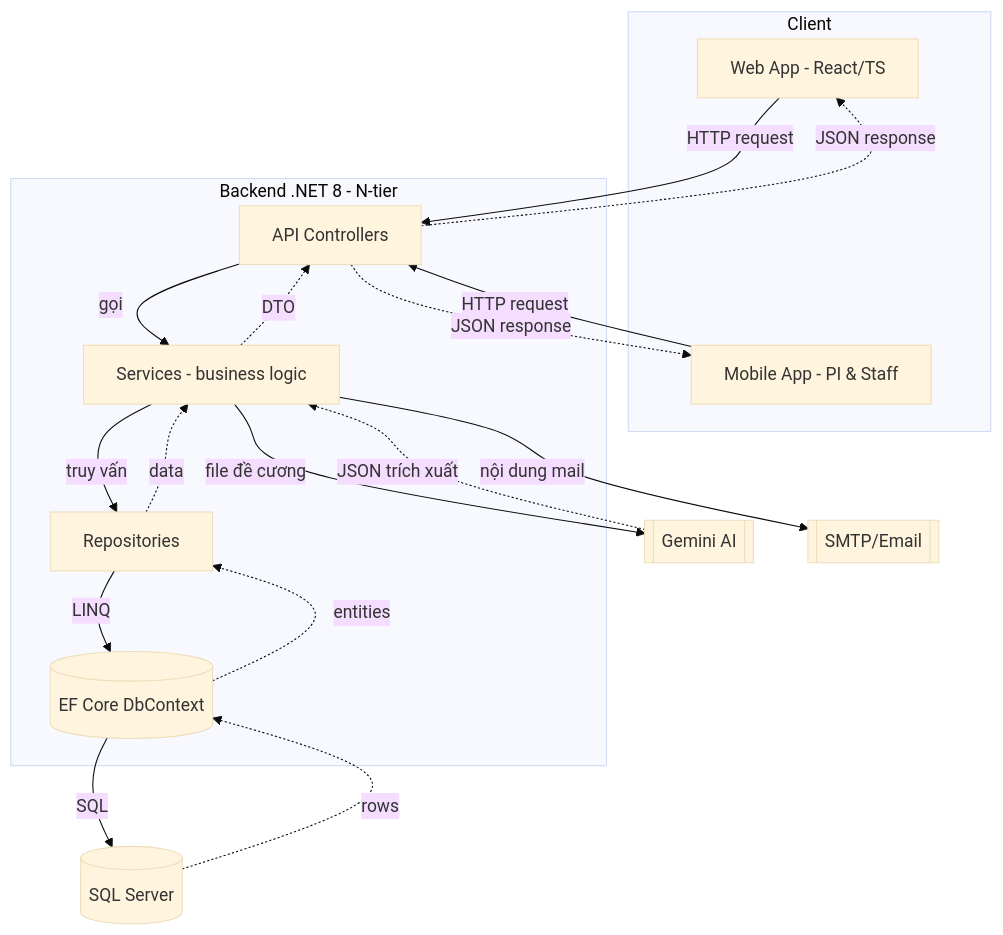
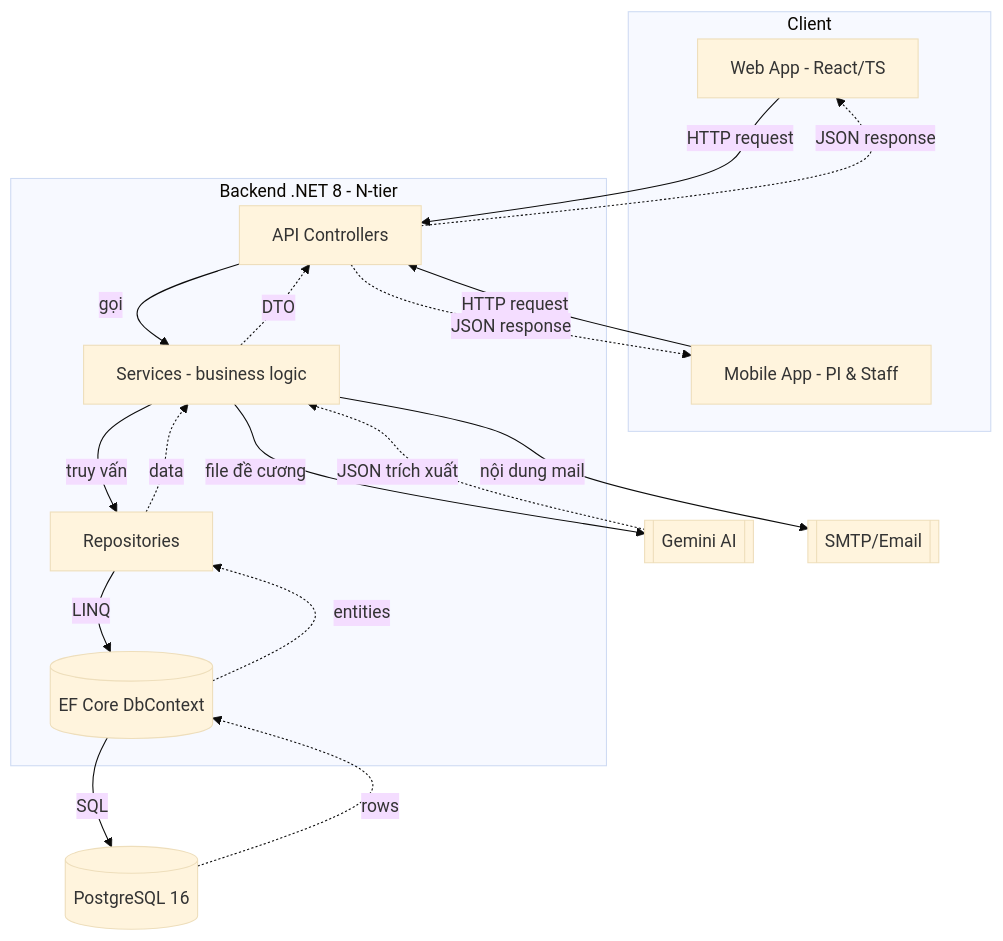
Before and after one commit to longv0208/TestSAP_quoctrung_be: the second of 19 diagrams in docs/Review2_Diagrams.md, drawn with Mermaid (base theme). The commit also changed other lines of this file and 9 other files, not shown here.

````diff
--- a/docs/Review2_Diagrams.md
+++ b/docs/Review2_Diagrams.md
@@ -71,36 +71,36 @@
 ```mermaid
 flowchart TB
     subgraph Client
         WEB[Web App - React/TS]
         MOB[Mobile App - PI & Staff]
     end
 
     subgraph Server[Backend .NET 8 - N-tier]
         API[API Controllers]
         SVC[Services - business logic]
         REPO[Repositories]
         CTX[(EF Core DbContext)]
     end
 
-    DB[(SQL Server)]
+    DB[(PostgreSQL 16)]
     GEMINI[[Gemini AI]]
     EMAIL[[SMTP/Email]]
 
     WEB -->|HTTP request| API
     MOB -->|HTTP request| API
     API -.->|JSON response| WEB
     API -.->|JSON response| MOB
 
     API -->|gọi| SVC
     SVC -->|truy vấn| REPO
     REPO -->|LINQ| CTX
     CTX -->|SQL| DB
     DB -.->|rows| CTX
     CTX -.->|entities| REPO
     REPO -.->|data| SVC
     SVC -.->|DTO| API
 
     SVC -->|file đề cương| GEMINI
     GEMINI -.->|JSON trích xuất| SVC
     SVC -->|nội dung mail| EMAIL
 ```
````
